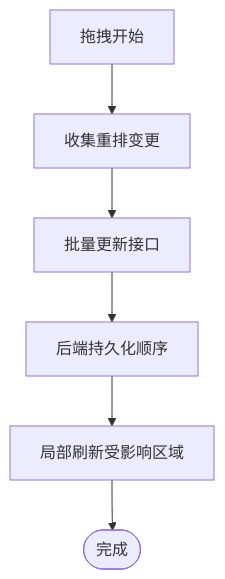
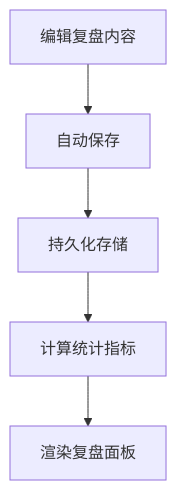
The fifth of 6 diagrams in .qoder/repowiki/zh/content/项目概述/项目概述.md (gzdxhujiale/FishWorker), drawn with Mermaid before and after one commit. The commit also changed other lines of this file and 238 other files, not shown here.

````diff
--- a/.qoder/repowiki/zh/content/项目概述/项目概述.md
+++ b/.qoder/repowiki/zh/content/项目概述/项目概述.md
@@ -258,8 +262,7 @@
 ```mermaid
 flowchart TD
-DragStart["拖拽开始"] --> CollectChanges["收集重排变更"]
-CollectChanges --> BatchUpdate["批量更新接口"]
-BatchUpdate --> PersistOrder["后端持久化顺序"]
-PersistOrder --> UpdateUI["局部刷新受影响区域"]
-UpdateUI --> Done(["完成"])
+Edit["编辑复盘内容"] --> AutoSave["自动保存"]
+AutoSave --> Persist["持久化存储"]
+Persist --> Stats["计算统计指标"]
+Stats --> Panel["渲染复盘面板"]
 ```
````
